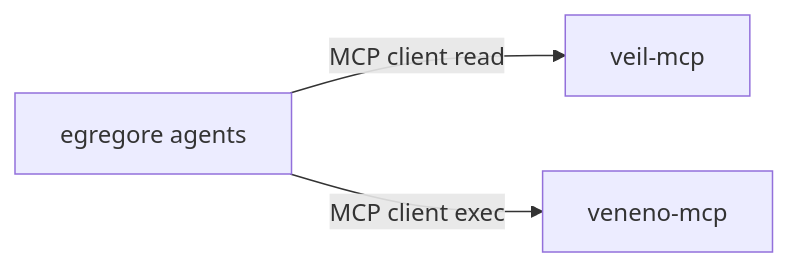
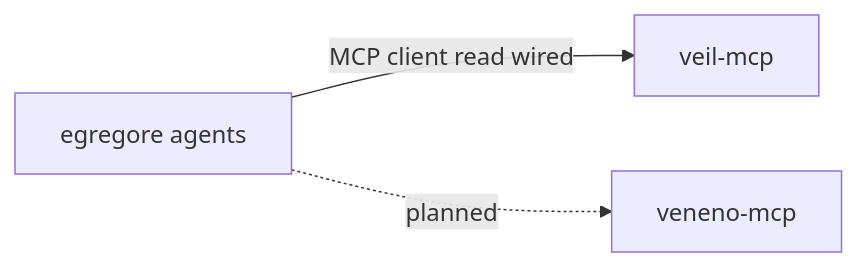
Before and after one commit to butbeautifulv/cxado: the fourth of 4 diagrams in docs/ecosystem-map.md, drawn with Mermaid. The commit also changed other lines of this file and 75 other files, not shown here.

````diff
--- a/docs/ecosystem-map.md
+++ b/docs/ecosystem-map.md
@@ -192,5 +193,5 @@
 ```mermaid
 flowchart LR
-  AGI[egregore agents] -->|MCP client read| MCP[veil-mcp]
-  AGI -->|MCP client exec| VEN[veneno-mcp]
+  AGI[egregore agents] -->|MCP client read wired| MCP[veil-mcp]
+  AGI -.->|planned| VEN[veneno-mcp]
 ```
````
